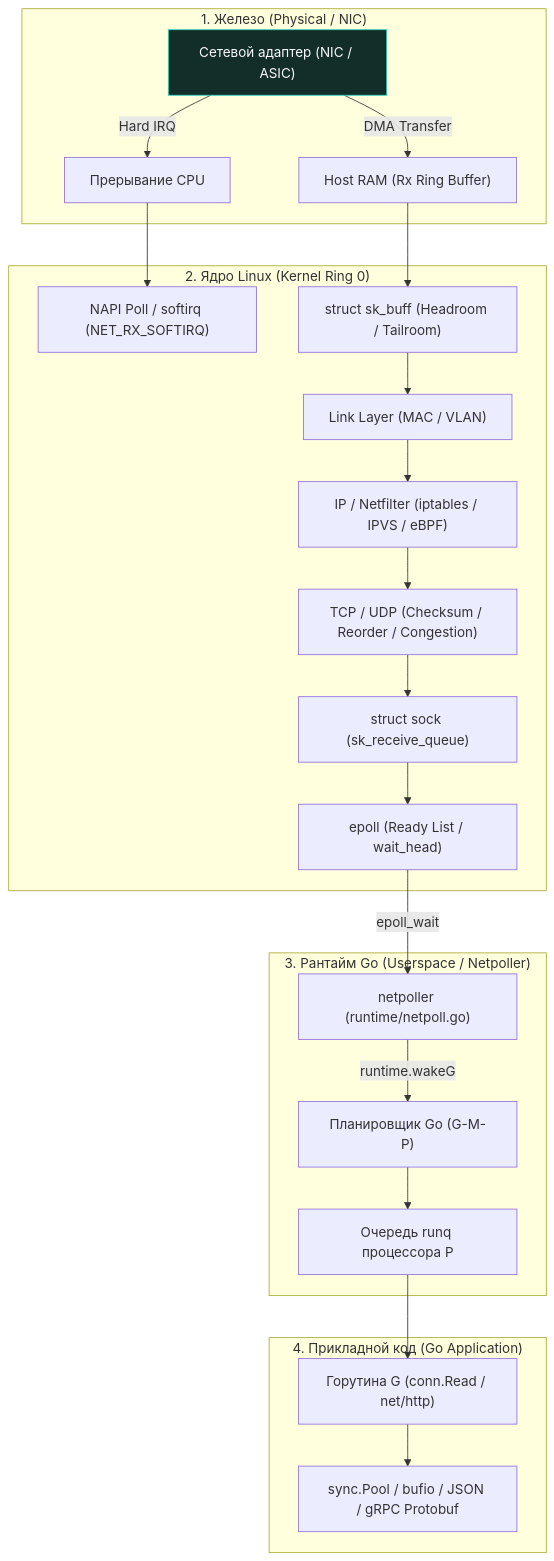
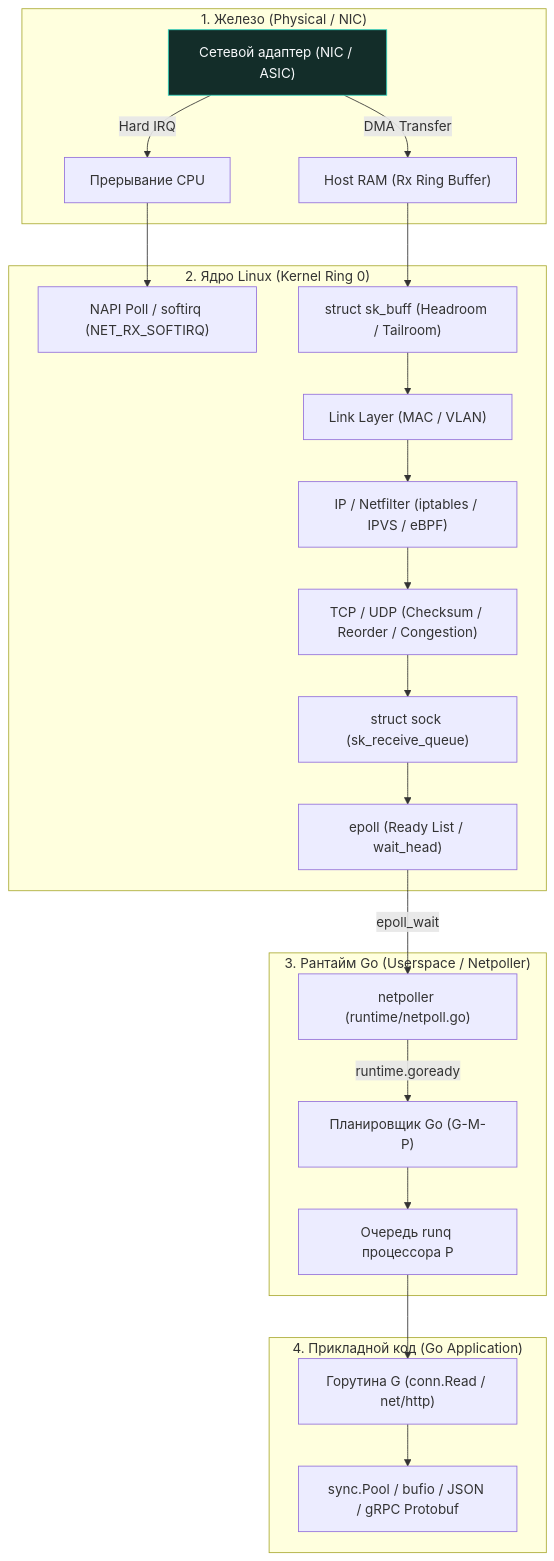
Before and after one commit to UnrealTemplier/go-textbook-ru: the first of 2 diagrams in sources/3. Компьютерные сети и сетевой стек/44. Итоги раздела. Полная картина сетевого стека для Go-разработчика.md, drawn with Mermaid. The commit also changed other lines of this file and 43 other files, not shown here.

````diff
--- a/sources/3. Компьютерные сети и сетевой стек/44. Итоги раздела. Полная картина сетевого стека для Go-разработчика.md
+++ b/sources/3. Компьютерные сети и сетевой стек/44. Итоги раздела. Полная картина сетевого стека для Go-разработчика.md
@@ -20,38 +20,38 @@
 ```mermaid
 flowchart TD
     classDef process  fill:#1e293b,stroke:#38bdf8,stroke-width:1px,color:#f8fafc
     classDef success  fill:#064e3b,stroke:#34d399,stroke-width:1px,color:#f8fafc
     classDef error    fill:#7f1d1d,stroke:#f87171,stroke-width:1px,color:#f8fafc
     classDef warning  fill:#78350f,stroke:#fbbf24,stroke-width:1px,color:#f8fafc
     classDef entry    fill:#1e3a5f,stroke:#38bdf8,stroke-width:2px,color:#f8fafc
     classDef aux      fill:#334155,stroke:#64748b,stroke-width:1px,color:#f8fafc
     classDef system   fill:#312e81,stroke:#a78bfa,stroke-width:1px,color:#f8fafc
     classDef data     fill:#132d29,stroke:#2dd4bf,stroke-width:1px,color:#f8fafc
     classDef network  fill:#881337,stroke:#fb7185,stroke-width:1px,color:#f8fafc
     classDef accent   fill:#1e1b4b,stroke:#818cf8,stroke-width:1px,color:#f8fafc
     subgraph Hardware["1. Железо (Physical / NIC)"]
         NIC["Сетевой адаптер (NIC / ASIC)"]:::data -->|DMA Transfer| RAM["Host RAM (Rx Ring Buffer)"]
         NIC -->|Hard IRQ| APIC["Прерывание CPU"]
     end
 
     subgraph LinuxKernel["2. Ядро Linux (Kernel Ring 0)"]
         APIC --> NAPI["NAPI Poll / softirq (NET_RX_SOFTIRQ)"]
         RAM --> SKB["struct sk_buff (Headroom / Tailroom)"]
         SKB --> L2["Link Layer (MAC / VLAN)"]
         L2 --> L3["IP / Netfilter (iptables / IPVS / eBPF)"]
         L3 --> L4["TCP / UDP (Checksum / Reorder / Congestion)"]
         L4 --> SOCK["struct sock (sk_receive_queue)"]
         SOCK --> EP["epoll (Ready List / wait_head)"]
     end
 
     subgraph GoRuntime["3. Рантайм Go (Userspace / Netpoller)"]
         EP -->|epoll_wait| NP["netpoller (runtime/netpoll.go)"]
-        NP -->|runtime.wakeG| SCHED["Планировщик Go (G-M-P)"]
+        NP -->|runtime.goready| SCHED["Планировщик Go (G-M-P)"]
         SCHED --> RUNQ["Очередь runq процессора P"]
     end
 
     subgraph GoApp["4. Прикладной код (Go Application)"]
         RUNQ --> GOR["Горутина G (conn.Read / net/http)"]
         GOR --> BUF["sync.Pool / bufio / JSON / gRPC Protobuf"]
     end
 ```
````
